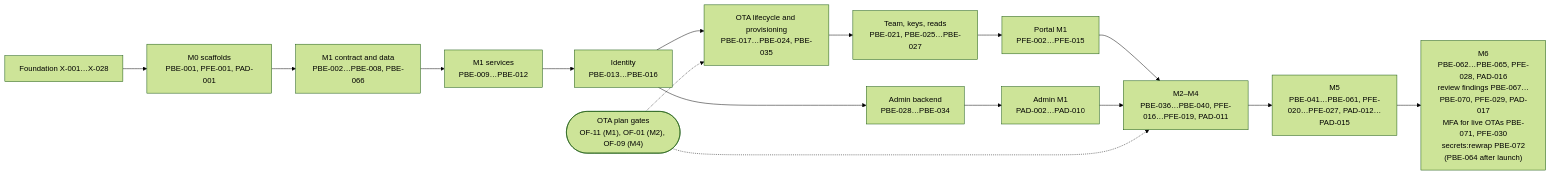
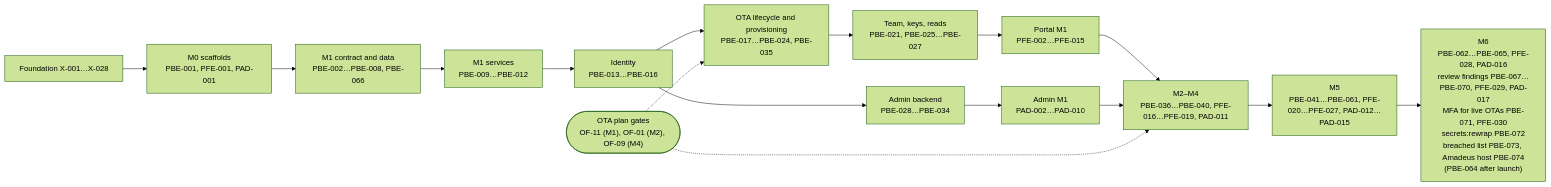
One commit to bhagwati-prasad/velexis-ota changed the diagram in platform/docs/plans/agent-tasks.md. Above: the diagram before and after it, drawn with Mermaid (forest theme). The commit also changed other lines of this file and 25 other files, not shown here.

First line of the commit message:
fix: plan the breached-list, Amadeus host, shared refresh, sync share and phone menu tasks, blank WAF query values before shipping, and require the real-nftables checks in CI

````diff
--- a/platform/docs/plans/agent-tasks.md
+++ b/platform/docs/plans/agent-tasks.md
@@ -2230,18 +2270,18 @@
 ```mermaid
 flowchart LR
   X["Foundation X-001…X-028"] --> M0["M0 scaffolds<br/>PBE-001, PFE-001, PAD-001"]
   M0 --> C1["M1 contract and data<br/>PBE-002…PBE-008, PBE-066"]
   C1 --> S1["M1 services<br/>PBE-009…PBE-012"]
   S1 --> ID["Identity<br/>PBE-013…PBE-016"]
   ID --> LC["OTA lifecycle and provisioning<br/>PBE-017…PBE-024, PBE-035"]
   LC --> TM["Team, keys, reads<br/>PBE-021, PBE-025…PBE-027"]
   ID --> AD["Admin backend<br/>PBE-028…PBE-034"]
   TM --> PFE["Portal M1<br/>PFE-002…PFE-015"]
   AD --> PAD["Admin M1<br/>PAD-002…PAD-010"]
   PFE --> M24["M2–M4<br/>PBE-036…PBE-040, PFE-016…PFE-019, PAD-011"]
   PAD --> M24
   M24 --> M5["M5<br/>PBE-041…PBE-061, PFE-020…PFE-027, PAD-012…PAD-015"]
-  M5 --> M6["M6<br/>PBE-062…PBE-065, PFE-028, PAD-016<br/>review findings PBE-067…PBE-070, PFE-029, PAD-017<br/>MFA for live OTAs PBE-071, PFE-030<br/>secrets:rewrap PBE-072<br/>(PBE-064 after launch)"]
+  M5 --> M6["M6<br/>PBE-062…PBE-065, PFE-028, PAD-016<br/>review findings PBE-067…PBE-070, PFE-029, PAD-017<br/>MFA for live OTAs PBE-071, PFE-030<br/>secrets:rewrap PBE-072<br/>breached list PBE-073, Amadeus host PBE-074<br/>(PBE-064 after launch)"]
   OTA(["OTA plan gates<br/>OF-11 (M1), OF-01 (M2), OF-09 (M4)"]) -.-> LC
   OTA -.-> M24
 ```
````
